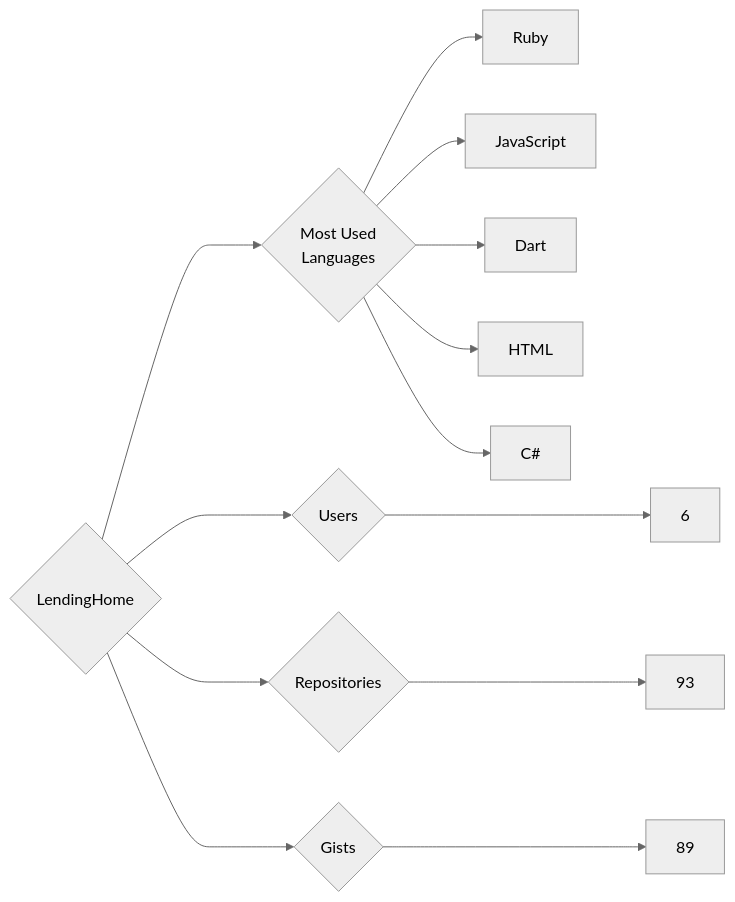
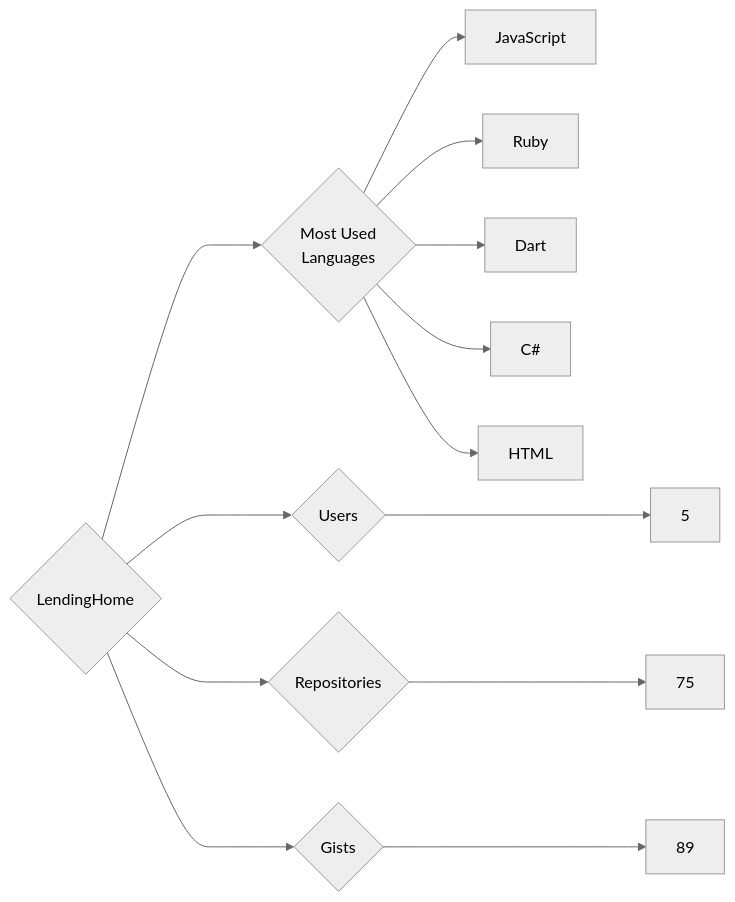
The diagram in targets/LendingHome/README.md (trickest/insiders), drawn with Mermaid (neutral theme) before and after one commit. The commit also changed 927 other files, not shown here.

````diff
--- a/targets/LendingHome/README.md
+++ b/targets/LendingHome/README.md
@@ -3,13 +3,13 @@
 ```mermaid
 graph LR
 COMPANY_NAME{LendingHome}
-COMPANY_NAME ---> U{Users} ---> UN[6]
-COMPANY_NAME ---> R{Repositories} ---> RN[93]
+COMPANY_NAME ---> U{Users} ---> UN[5]
+COMPANY_NAME ---> R{Repositories} ---> RN[75]
 COMPANY_NAME ---> G{Gists} ---> GN[89]
 COMPANY_NAME ---> ML{Most Used<br>Languages}
+ML --> JavaScript[JavaScript]
 ML --> Ruby[Ruby]
-ML --> JavaScript[JavaScript]
 ML --> Dart[Dart]
+ML --> C#[C#]
 ML --> HTML[HTML]
-ML --> C#[C#]
 ```
````
